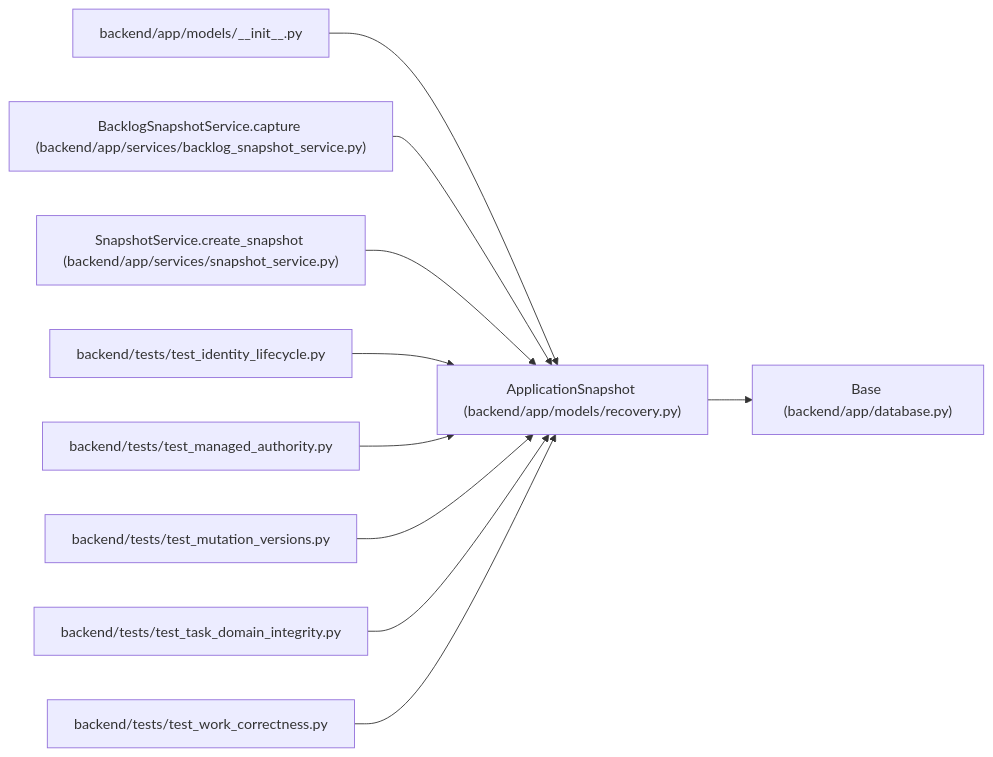
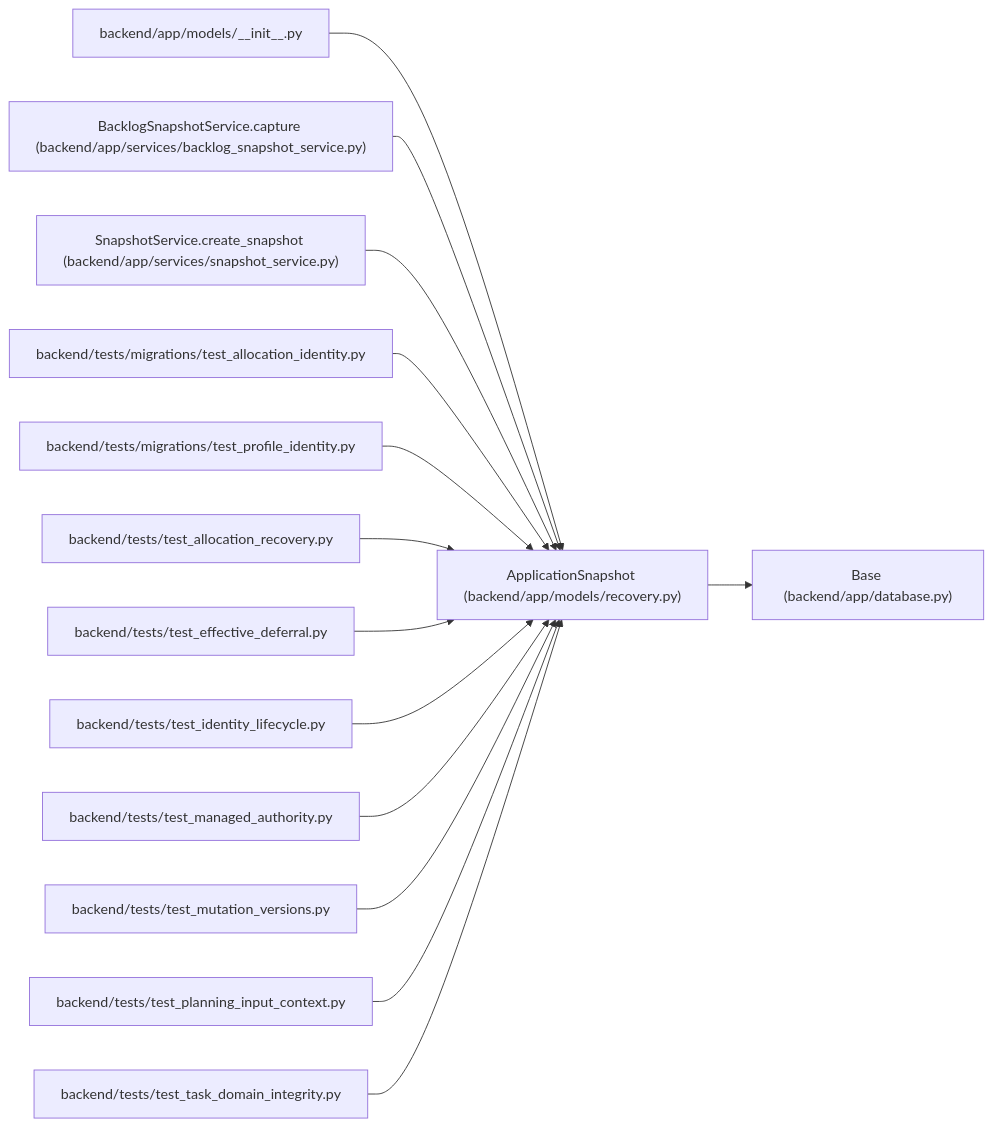
Before and after one commit to Denissvgn/WorkChord: the diagram in docs/llm_wiki/entities/ApplicationSnapshot.md, drawn with Mermaid. The commit also changed other lines of this file and 10148 other files, not shown here.

First line of the commit message:
Harden identity, planning concurrency, and recovery (#11)

````diff
--- a/docs/llm_wiki/entities/ApplicationSnapshot.md
+++ b/docs/llm_wiki/entities/ApplicationSnapshot.md
@@ -37,32 +37,44 @@
 ```mermaid
 flowchart LR
     n0["ApplicationSnapshot (backend/app/models/recovery.py)"]
     n1["Base (backend/app/database.py)"]
     n2["backend/app/models/__init__.py"]
     n3["BacklogSnapshotService.capture (backend/app/services/backlog_snapshot_service.py)"]
     n4["SnapshotService.create_snapshot (backend/app/services/snapshot_service.py)"]
-    n5["backend/tests/test_identity_lifecycle.py"]
-    n6["backend/tests/test_managed_authority.py"]
-    n7["backend/tests/test_mutation_versions.py"]
-    n8["backend/tests/test_task_domain_integrity.py"]
-    n9["backend/tests/test_work_correctness.py"]
+    n5["backend/tests/migrations/test_allocation_identity.py"]
+    n6["backend/tests/migrations/test_profile_identity.py"]
+    n7["backend/tests/test_allocation_recovery.py"]
+    n8["backend/tests/test_effective_deferral.py"]
+    n9["backend/tests/test_identity_lifecycle.py"]
+    n10["backend/tests/test_managed_authority.py"]
+    n11["backend/tests/test_mutation_versions.py"]
+    n12["backend/tests/test_planning_input_context.py"]
+    n13["backend/tests/test_task_domain_integrity.py"]
     n0 --> n1
     n2 --> n0
     n3 --> n0
     n4 --> n0
     n5 --> n0
     n6 --> n0
     n7 --> n0
     n8 --> n0
     n9 --> n0
+    n10 --> n0
+    n11 --> n0
+    n12 --> n0
+    n13 --> n0
     click n0 "../modules/recovery.md"
     click n1 "../modules/app_database.md"
     click n2 "../modules/models___init__.md"
     click n3 "../modules/backlog_snapshot_service.md"
     click n4 "../modules/snapshot_service.md"
-    click n5 "../modules/test_identity_lifecycle.md"
-    click n6 "../modules/test_managed_authority.md"
-    click n7 "../modules/test_mutation_versions.md"
-    click n8 "../modules/test_task_domain_integrity.md"
-    click n9 "../modules/test_work_correctness.md"
+    click n5 "../modules/test_allocation_identity.md"
+    click n6 "../modules/test_profile_identity.md"
+    click n7 "../modules/test_allocation_recovery.md"
+    click n8 "../modules/test_effective_deferral.md"
+    click n9 "../modules/test_identity_lifecycle.md"
+    click n10 "../modules/test_managed_authority.md"
+    click n11 "../modules/test_mutation_versions.md"
+    click n12 "../modules/test_planning_input_context.md"
+    click n13 "../modules/test_task_domain_integrity.md"
 ```
````
